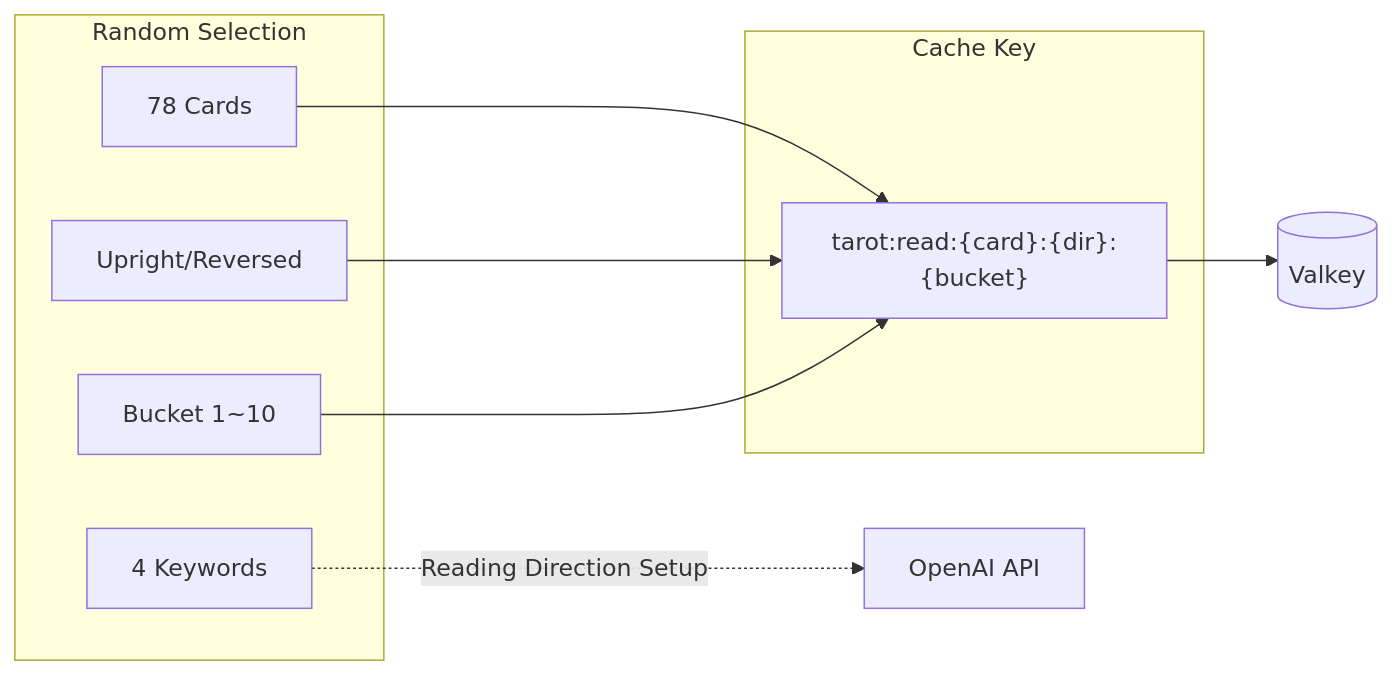
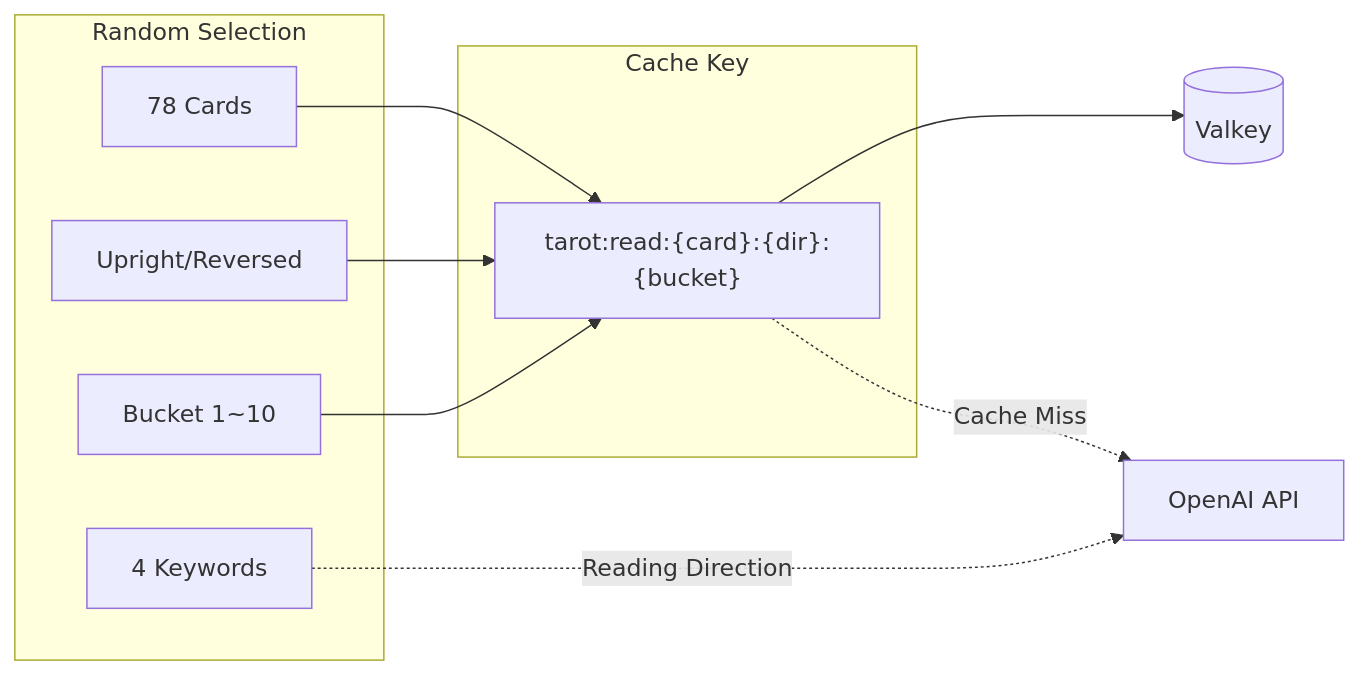
One commit to mandacode-labs/mandacode-devs changed the first of 3 diagrams in src/content/blog/en/tarot-deep-dive.md. Above: the diagram before and after it, drawn with Mermaid. The commit also changed other lines of this file and 4 other files, not shown here.

````diff
--- a/src/content/blog/en/tarot-deep-dive.md
+++ b/src/content/blog/en/tarot-deep-dive.md
@@ -29,19 +36,22 @@
 ```mermaid
 flowchart LR
-    subgraph "Random Selection"
+    subgraph RandomSelect["Random Selection"]
         Card[78 Cards]
         Dir[Upright/Reversed]
         Bucket[Bucket 1~10]
         Keywords[4 Keywords]
     end
-
-    subgraph "Cache Key"
+    
+    subgraph CacheKey["Cache Key"]
         Key["tarot:read:{card}:{dir}:{bucket}"]
     end
-
+    
     Card --> Key
     Dir --> Key
     Bucket --> Key
+    
     Key --> Valkey[(Valkey)]
-    Keywords -.->|Reading Direction Setup| OpenAI[OpenAI API]
+    Key -.->|Cache Miss| OpenAI[OpenAI API]
+    Keywords -.->|Reading Direction| OpenAI
+
 ```
````
